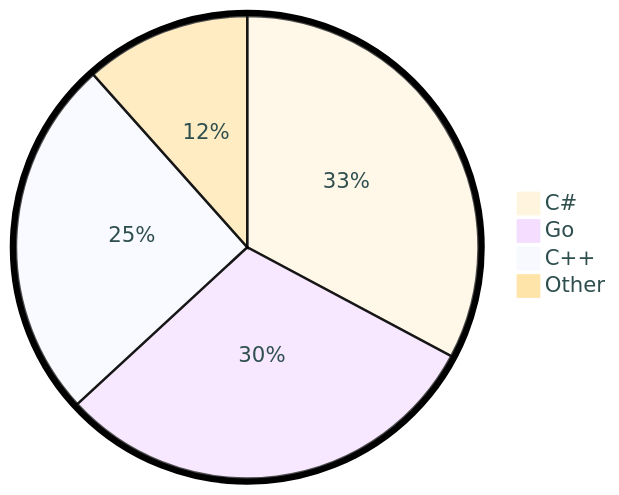
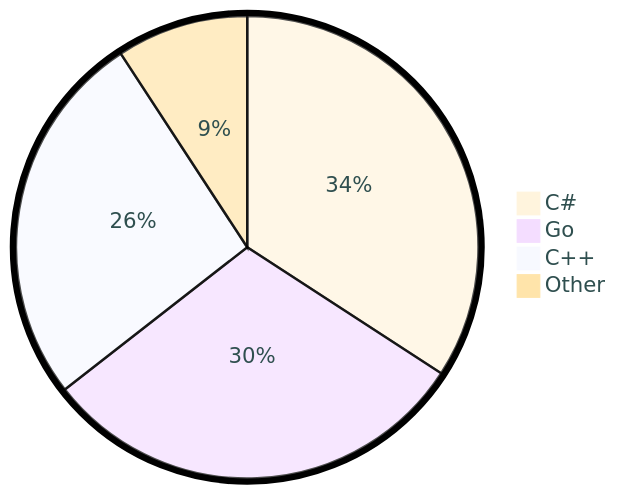
The diagram in README.md (tot0p/tot0p), drawn with Mermaid before and after one commit. The commit also changed other lines of this file, not shown here.

````diff
--- a/README.md
+++ b/README.md
@@ -76,8 +76,8 @@
 ```mermaid
 %%{init: {"pie": {"textPosition": 0.5}, "themeVariables": {"pieOuterStrokeWidth": "5px","primaryTextColor" : "#2F4F4F"},"theme":"base"} }%%
 pie
-	"C#": 32.8
-	"Go": 30.33
-	"C++": 25.27
-	"Other": 11.59
+	"C#": 34.18
+	"Go": 30.29
+	"C++": 26.33
+	"Other": 9.21
 ```
````
